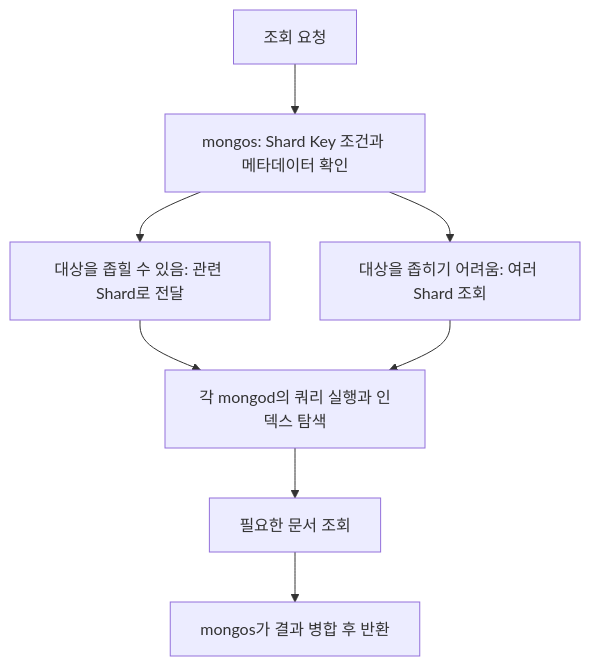
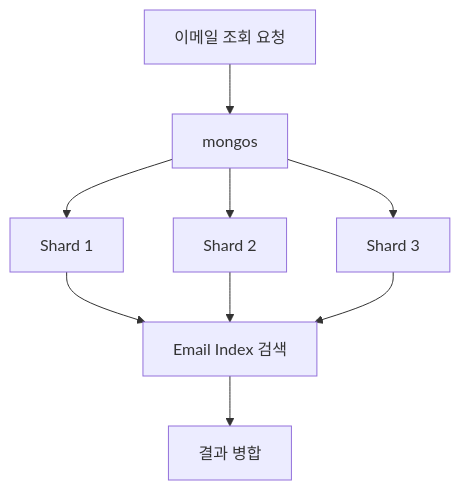
Diagram 18 of 21 in _posts/study/smart-learning-ent/nosql-mongodb-easy-for-anyone-to-learn/2026-11-05-mongodb-structure-and-basic-concepts.md (ysiksik/ysiksik.github.io), drawn with Mermaid before and after one commit. The commit also changed other lines of this file and 10 other files, not shown here.

````diff
--- a/_posts/study/smart-learning-ent/nosql-mongodb-easy-for-anyone-to-learn/2026-11-05-mongodb-structure-and-basic-concepts.md
+++ b/_posts/study/smart-learning-ent/nosql-mongodb-easy-for-anyone-to-learn/2026-11-05-mongodb-structure-and-basic-concepts.md
@@ -283,10 +1914,24 @@
 ```mermaid
 flowchart TD
-    A["조회 요청"] --> B["mongos: Shard Key 조건과 메타데이터 확인"]
-    B --> C["대상을 좁힐 수 있음: 관련 Shard로 전달"]
-    B --> D["대상을 좁히기 어려움: 여러 Shard 조회"]
-    C --> E["각 mongod의 쿼리 실행과 인덱스 탐색"]
-    D --> E
-    E --> F["필요한 문서 조회"]
-    F --> G["mongos가 결과 병합 후 반환"]
+    A["이메일 조회 요청"]
+    B["mongos"]
+
+    C["Shard 1"]
+    D["Shard 2"]
+    E["Shard 3"]
+
+    F["Email Index 검색"]
+    G["결과 병합"]
+
+    A --> B
+
+    B --> C
+    B --> D
+    B --> E
+
+    C --> F
+    D --> F
+    E --> F
+
+    F --> G
 ```
````
